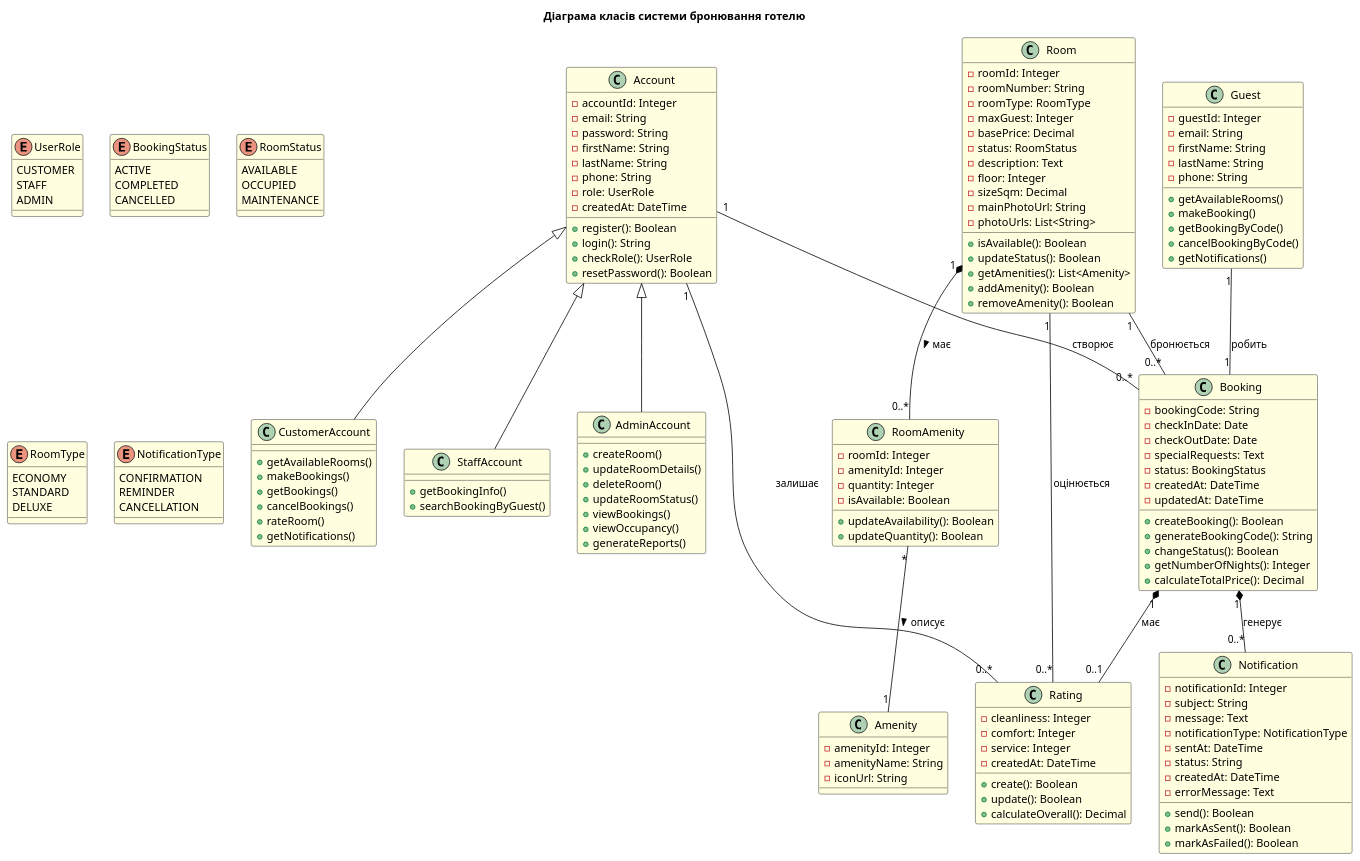
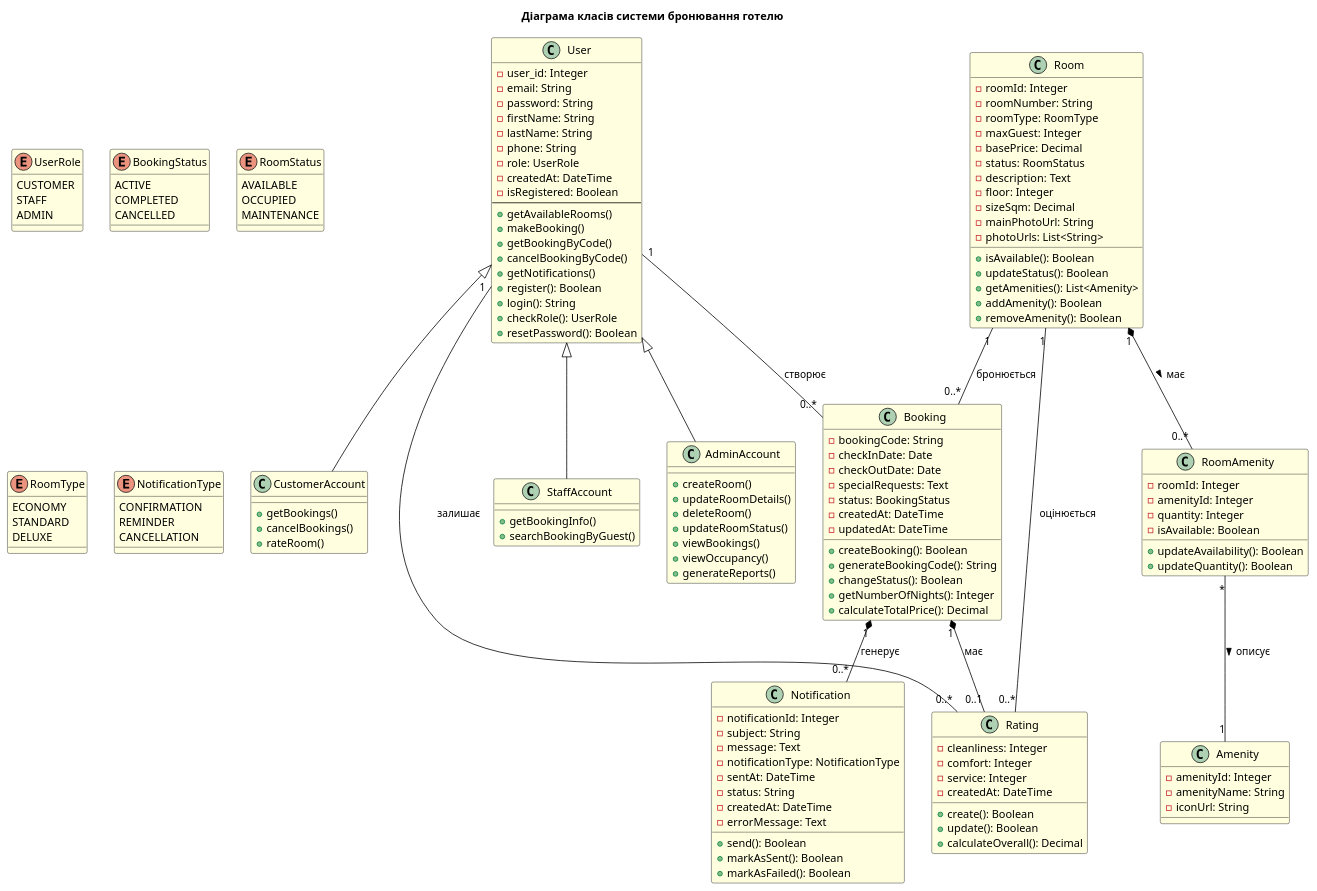
Before and after one commit to ukma-cs-ssdm-2025/HelloBugs: the diagram in docs/architecture/uml/classDiagram/classDigram.puml, drawn with PlantUML. The commit also changed 1 other file, not shown here.

Commit message:
upd class diagram

```diff
--- a/docs/architecture/uml/classDiagram/classDigram.puml
+++ b/docs/architecture/uml/classDiagram/classDigram.puml
@@ -1,190 +1,178 @@
 @startuml
 title Діаграма класів системи бронювання готелю
 
 skinparam class {
     BackgroundColor LightYellow
     ArrowColor Black
     BorderColor Black
 }
 
 enum UserRole {
     CUSTOMER
     STAFF
     ADMIN
 }
 
 enum BookingStatus {
     ACTIVE
     COMPLETED
     CANCELLED
 }
 
 enum RoomStatus {
     AVAILABLE
     OCCUPIED
     MAINTENANCE
 }
 
 enum RoomType {
     ECONOMY
     STANDARD
     DELUXE
 }
 
 enum NotificationType {
     CONFIRMATION
     REMINDER
     CANCELLATION
 }
 
 
 ' Класи системи
-class Account {
-    - accountId: Integer
+class User {
+    - user_id: Integer
     - email: String
     - password: String
     - firstName: String
     - lastName: String
     - phone: String
     - role: UserRole
     - createdAt: DateTime
-    __
+    - isRegistered: Boolean
+    --
+    + getAvailableRooms()
+    + makeBooking()
+    + getBookingByCode()
+    + cancelBookingByCode()
+    + getNotifications()
     + register(): Boolean
     + login(): String
     + checkRole(): UserRole
     + resetPassword(): Boolean
 }
 
 class CustomerAccount {
-    + getAvailableRooms()
-    + makeBookings()
     + getBookings()
     + cancelBookings()
     + rateRoom()
-    + getNotifications()
 }
 
 class StaffAccount {
     + getBookingInfo()
     + searchBookingByGuest()
 }
 
 class AdminAccount {
     + createRoom()
     + updateRoomDetails()
     + deleteRoom()
     + updateRoomStatus()
     + viewBookings()
     + viewOccupancy()
     + generateReports()
-}
-
-class Guest {
-    - guestId: Integer
-    - email: String
-    - firstName: String
-    - lastName: String
-    - phone: String
-    __
-    + getAvailableRooms()
-    + makeBooking()
-    + getBookingByCode()
-    + cancelBookingByCode()
-    + getNotifications()   
 }
 
 class Room {
     - roomId: Integer
     - roomNumber: String
     - roomType: RoomType
     - maxGuest: Integer
     - basePrice: Decimal
     - status: RoomStatus
     - description: Text
     - floor: Integer
     - sizeSqm: Decimal
     - mainPhotoUrl: String
     - photoUrls: List<String>
     __
     + isAvailable(): Boolean
     + updateStatus(): Boolean
     + getAmenities(): List<Amenity>
     + addAmenity(): Boolean
     + removeAmenity(): Boolean
 }
 
 class Amenity {
     - amenityId: Integer
     - amenityName: String
     - iconUrl: String
 }
 
 class RoomAmenity {
     - roomId: Integer
     - amenityId: Integer
     - quantity: Integer
     - isAvailable: Boolean
     __
     + updateAvailability(): Boolean
     + updateQuantity(): Boolean
 }
 
 class Booking {
     - bookingCode: String
     - checkInDate: Date
     - checkOutDate: Date
     - specialRequests: Text
     - status: BookingStatus
     - createdAt: DateTime
     - updatedAt: DateTime
     __
     + createBooking(): Boolean
     + generateBookingCode(): String
     + changeStatus(): Boolean
     + getNumberOfNights(): Integer
     + calculateTotalPrice(): Decimal
 }
 
 class Rating {
     - cleanliness: Integer
     - comfort: Integer
     - service: Integer
     - createdAt: DateTime
     __
     + create(): Boolean
     + update(): Boolean
     + calculateOverall(): Decimal
 }
 
 class Notification {
     - notificationId: Integer
     - subject: String
     - message: Text
     - notificationType: NotificationType
     - sentAt: DateTime
     - status: String
     - createdAt: DateTime
     - errorMessage: Text
     __
     + send(): Boolean
     + markAsSent(): Boolean
     + markAsFailed(): Boolean
 }
 
 
 ' Відношення між класами
-Account "1" -- "0..*" Booking : створює
-Guest "1" -- "1" Booking : робить
+User "1" -- "0..*" Booking : створює
 Room "1" -- "0..*" Booking : бронюється
 Room "1" *-- "0..*" RoomAmenity : має >
 RoomAmenity "*" -- "1" Amenity : описує >
 Booking "1" *-- "0..*" Notification : генерує
 Booking "1" *-- "0..1" Rating : має
 Room "1" -- "0..*" Rating : оцінюється
-Account "1" -- "0..*" Rating : залишає
+User "1" -- "0..*" Rating : залишає
 
-Account <|-- CustomerAccount
-Account <|-- StaffAccount
-Account <|-- AdminAccount
+User <|-- CustomerAccount
+User <|-- StaffAccount
+User <|-- AdminAccount
 
 @enduml
```
